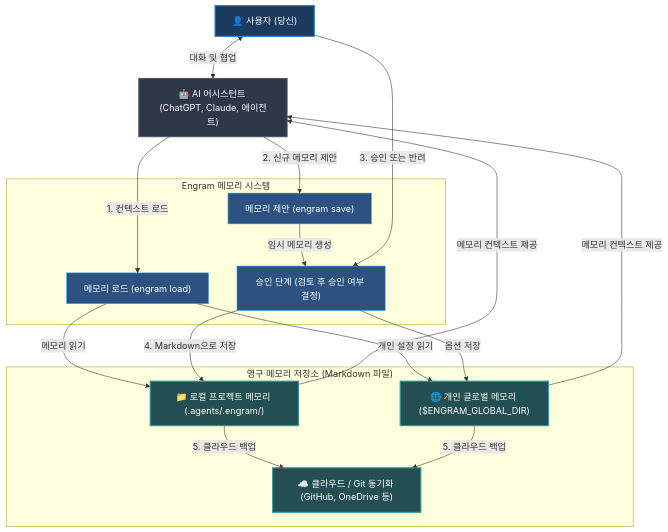
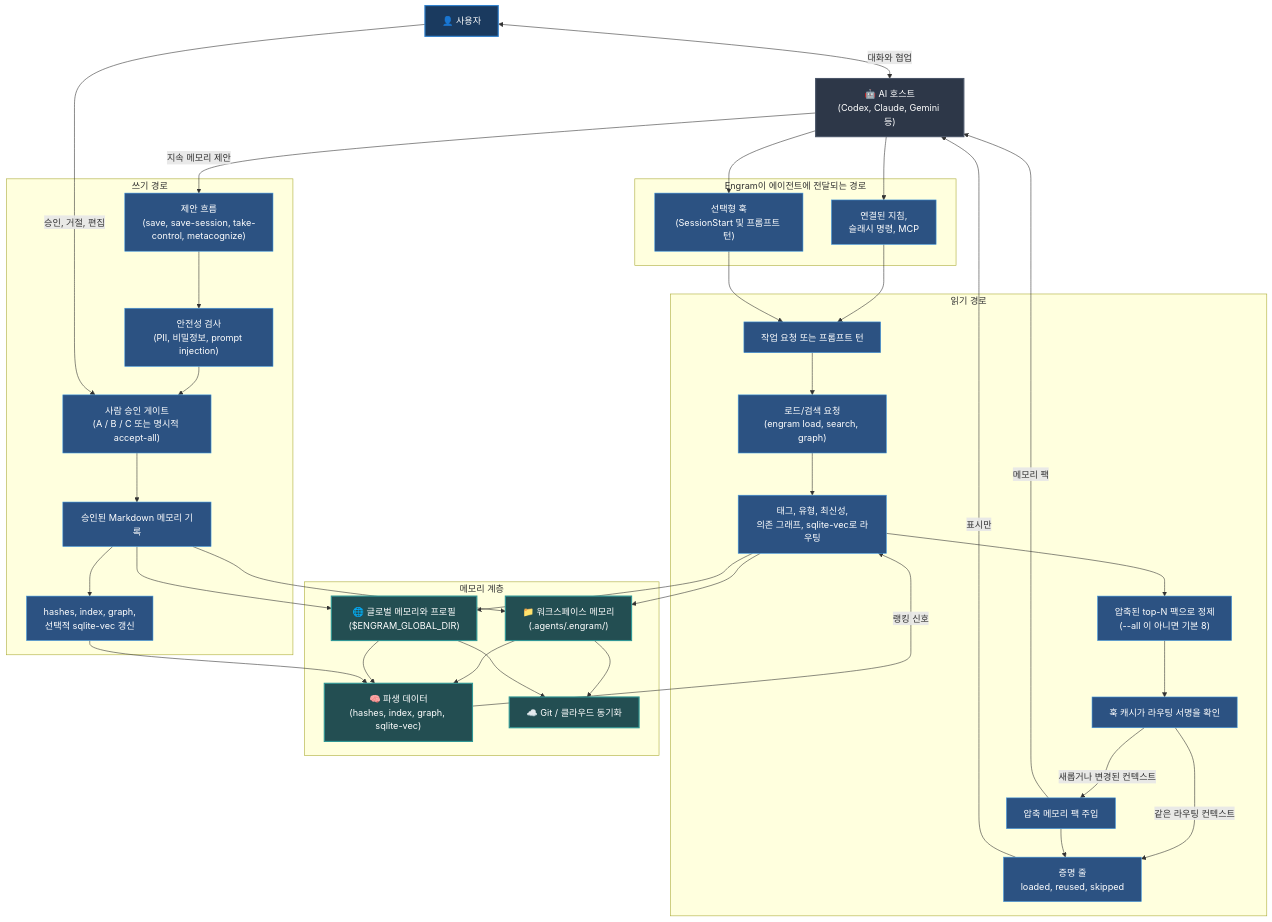
Before and after one commit to the-long-ride/engram: the diagram in documentation/ko/README.md, drawn with Mermaid. The commit also changed other lines of this file and 19 other files, not shown here.

Commit message:
docs: refresh proof and architecture docs

````diff
--- a/documentation/ko/README.md
+++ b/documentation/ko/README.md
@@ -27,39 +27,71 @@
 ```mermaid
 graph TD
-    %% Styling
-    classDef default fill:#111,stroke:#333,stroke-width:1px,color:#fff;
     classDef human fill:#1a3a5f,stroke:#3182ce,stroke-width:2px,color:#fff;
     classDef agent fill:#2d3748,stroke:#4a5568,stroke-width:2px,color:#fff;
     classDef storage fill:#234e52,stroke:#319795,stroke-width:2px,color:#fff;
     classDef action fill:#2c5282,stroke:#4299e1,stroke-width:1px,color:#fff;
 
-    User["👤 사용자 (당신)"]:::human
-    AI["🤖 AI 어시스턴트 (ChatGPT, Claude, 에이전트)"]:::agent
+    User["👤 사용자"]:::human
+    AI["🤖 AI 호스트\n(Codex, Claude, Gemini 등)"]:::agent
 
-    subgraph Engram ["Engram 메모리 시스템"]
-        Load["메모리 로드 (engram load)"]:::action
-        Propose["메모리 제안 (engram save)"]:::action
-        Review["승인 단계 (검토 후 승인 여부 결정)"]:::action
+    subgraph Entry ["Engram이 에이전트에 전달되는 경로"]
+        Links["연결된 지침,\n슬래시 명령, MCP"]:::action
+        Hooks["선택형 훅\n(SessionStart 및 프롬프트 턴)"]:::action
     end
 
-    subgraph Storage ["영구 메모리 저장소 (Markdown 파일)"]
-        LocalStore["📁 로컬 프로젝트 메모리 (.agents/.engram/)"]:::storage
-        GlobalStore["🌐 개인 글로벌 메모리 ($ENGRAM_GLOBAL_DIR)"]:::storage
-        SyncStore["☁️ 클라우드 / Git 동기화 (GitHub, OneDrive 등)"]:::storage
+    subgraph Read ["읽기 경로"]
+        Trigger["작업 요청 또는 프롬프트 턴"]:::action
+        Load["로드/검색 요청\n(engram load, search, graph)"]:::action
+        Route["태그, 유형, 최신성,\n의존 그래프, sqlite-vec로 라우팅"]:::action
+        Refine["압축된 top-N 팩으로 정제\n(--all 이 아니면 기본 8)"]:::action
+        Cache["훅 캐시가 라우팅 서명을 확인"]:::action
+        Inject["압축 메모리 팩 주입"]:::action
+        Proof["증명 줄\nloaded, reused, skipped"]:::action
     end
 
-    %% Interactions
-    User <-->|대화 및 협업| AI
-    AI -->|1. 컨텍스트 로드| Load
-    Load -->|메모리 읽기| LocalStore
-    Load -->|개인 설정 읽기| GlobalStore
-    LocalStore & GlobalStore -->|메모리 컨텍스트 제공| AI
+    subgraph Write ["쓰기 경로"]
+        Proposal["제안 흐름\n(save, save-session, take-control, metacognize)"]:::action
+        Scan["안전성 검사\n(PII, 비밀정보, prompt injection)"]:::action
+        Review["사람 승인 게이트\n(A / B / C 또는 명시적 accept-all)"]:::action
+        Persist["승인된 Markdown 메모리 기록"]:::action
+        Rebuild["hashes, index, graph,\n선택적 sqlite-vec 갱신"]:::action
+    end
 
-    AI -->|2. 신규 메모리 제안| Propose
-    Propose -->|임시 메모리 생성| Review
-    User -->|3. 승인 또는 반려| Review
-    Review -->|4. Markdown으로 저장| LocalStore
-    Review -->|옵션 저장| GlobalStore
-    LocalStore -->|5. 클라우드 백업| SyncStore
-    GlobalStore -->|5. 클라우드 백업| SyncStore
+    subgraph Memory ["메모리 계층"]
+        Workspace["📁 워크스페이스 메모리\n(.agents/.engram/)"]:::storage
+        Global["🌐 글로벌 메모리와 프로필\n($ENGRAM_GLOBAL_DIR)"]:::storage
+        Derived["🧠 파생 데이터\n(hashes, index, graph, sqlite-vec)"]:::storage
+        Sync["☁️ Git / 클라우드 동기화"]:::storage
+    end
+
+    User <-->|대화와 협업| AI
+    AI --> Links
+    AI --> Hooks
+    Links --> Trigger
+    Hooks --> Trigger
+    Trigger --> Load
+    Load --> Route
+    Route --> Workspace
+    Route --> Global
+    Workspace --> Derived
+    Global --> Derived
+    Derived -->|랭킹 신호| Route
+    Route --> Refine
+    Refine --> Cache
+    Cache -->|새롭거나 변경된 컨텍스트| Inject
+    Cache -->|같은 라우팅 컨텍스트| Proof
+    Inject -->|메모리 팩| AI
+    Inject --> Proof
+    Proof -->|표시만| AI
+    AI -->|지속 메모리 제안| Proposal
+    Proposal --> Scan
+    Scan --> Review
+    User -->|승인, 거절, 편집| Review
+    Review --> Persist
+    Persist --> Workspace
+    Persist --> Global
+    Persist --> Rebuild
+    Rebuild --> Derived
+    Workspace --> Sync
+    Global --> Sync
 ```
````
